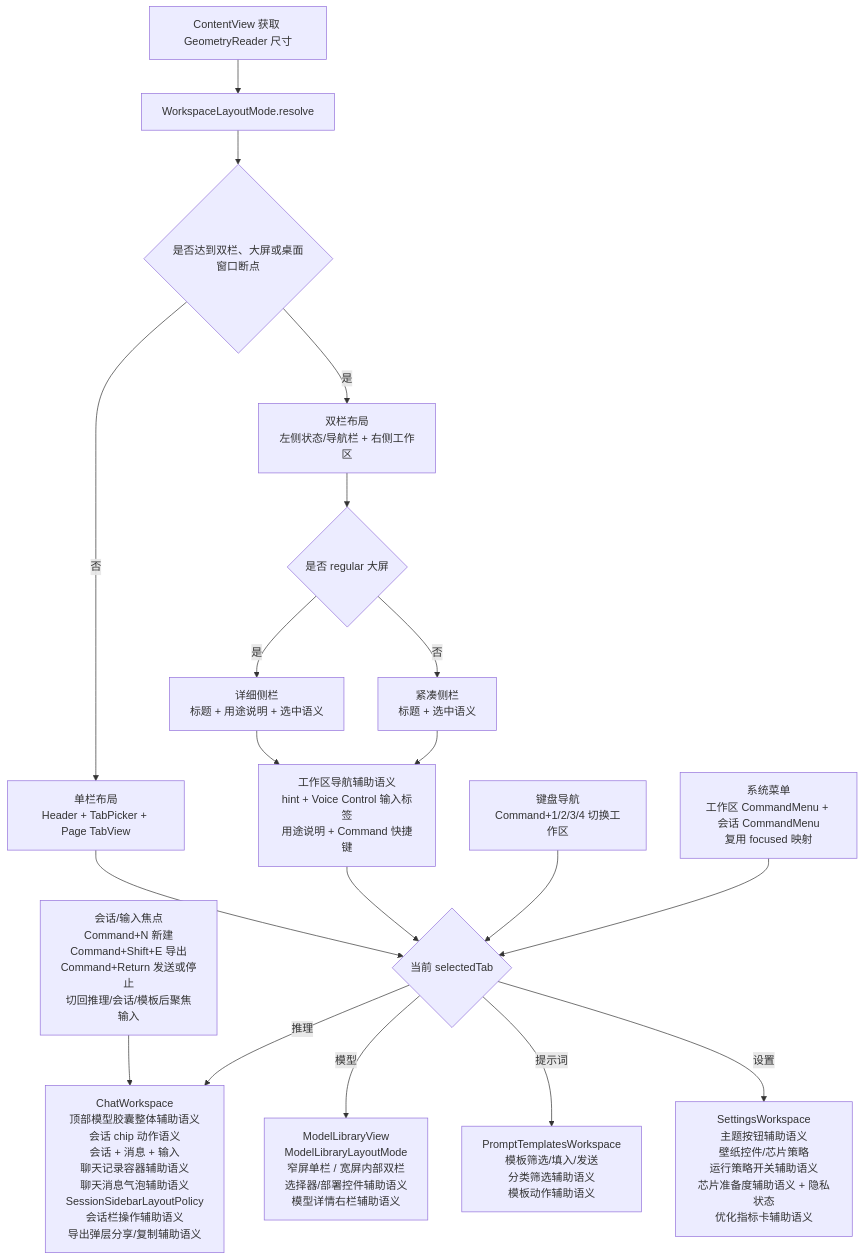
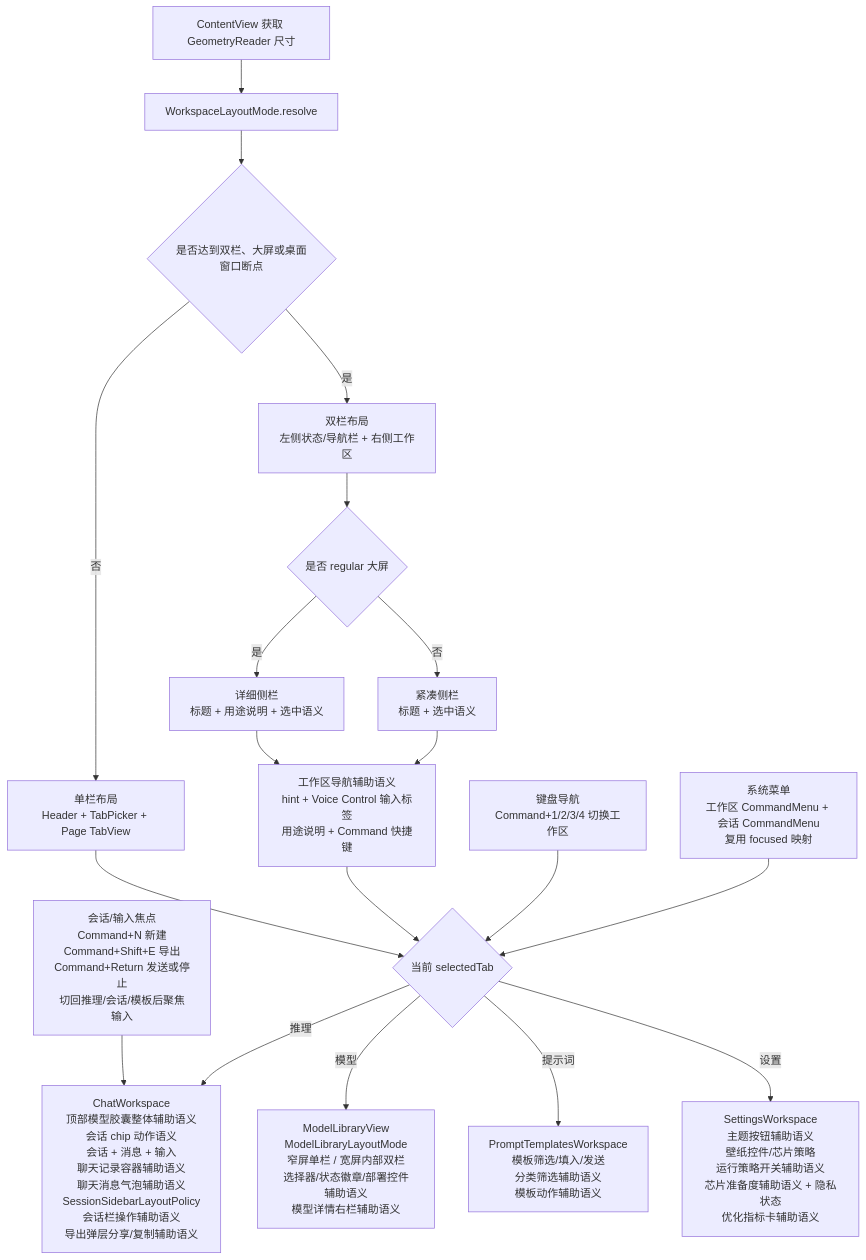
The fourth of 9 diagrams in md/flow/flowchart.md (Altman-sam114/113), drawn with Mermaid before and after one commit. The commit also changed other lines of this file and 8 other files, not shown here.

````diff
--- a/md/flow/flowchart.md
+++ b/md/flow/flowchart.md
@@ -68,21 +68,21 @@
 ```mermaid
 flowchart TD
     A[ContentView 获取 GeometryReader 尺寸] --> B[WorkspaceLayoutMode.resolve]
     B --> C{是否达到双栏、大屏或桌面窗口断点}
     C -- 否 --> D[单栏布局<br/>Header + TabPicker + Page TabView]
     C -- 是 --> E[双栏布局<br/>左侧状态/导航栏 + 右侧工作区]
     E --> N{是否 regular 大屏}
     N -- 是 --> O[详细侧栏<br/>标题 + 用途说明 + 选中语义]
     N -- 否 --> P[紧凑侧栏<br/>标题 + 选中语义]
     D --> F{当前 selectedTab}
     O --> X[工作区导航辅助语义<br/>hint + Voice Control 输入标签<br/>用途说明 + Command 快捷键]
     P --> X
     X --> F
     K[键盘导航<br/>Command+1/2/3/4 切换工作区] --> F
     M[系统菜单<br/>工作区 CommandMenu + 会话 CommandMenu<br/>复用 focused 映射] --> F
     L[会话/输入焦点<br/>Command+N 新建<br/>Command+Shift+E 导出<br/>Command+Return 发送或停止<br/>切回推理/会话/模板后聚焦输入] --> G
     F -- 推理 --> G[ChatWorkspace<br/>顶部模型胶囊整体辅助语义<br/>会话 chip 动作语义<br/>会话 + 消息 + 输入<br/>聊天记录容器辅助语义<br/>聊天消息气泡辅助语义<br/>SessionSidebarLayoutPolicy<br/>会话栏操作辅助语义<br/>导出弹层分享/复制辅助语义]
-    F -- 模型 --> H[ModelLibraryView<br/>ModelLibraryLayoutMode<br/>窄屏单栏 / 宽屏内部双栏<br/>选择器/部署控件辅助语义<br/>模型详情右栏辅助语义]
+    F -- 模型 --> H[ModelLibraryView<br/>ModelLibraryLayoutMode<br/>窄屏单栏 / 宽屏内部双栏<br/>选择器/状态徽章/部署控件辅助语义<br/>模型详情右栏辅助语义]
     F -- 提示词 --> I[PromptTemplatesWorkspace<br/>模板筛选/填入/发送<br/>分类筛选辅助语义<br/>模板动作辅助语义]
     F -- 设置 --> J[SettingsWorkspace<br/>主题按钮辅助语义<br/>壁纸控件/芯片策略<br/>运行策略开关辅助语义<br/>芯片准备度辅助语义 + 隐私状态<br/>优化指标卡辅助语义]
 ```
````
